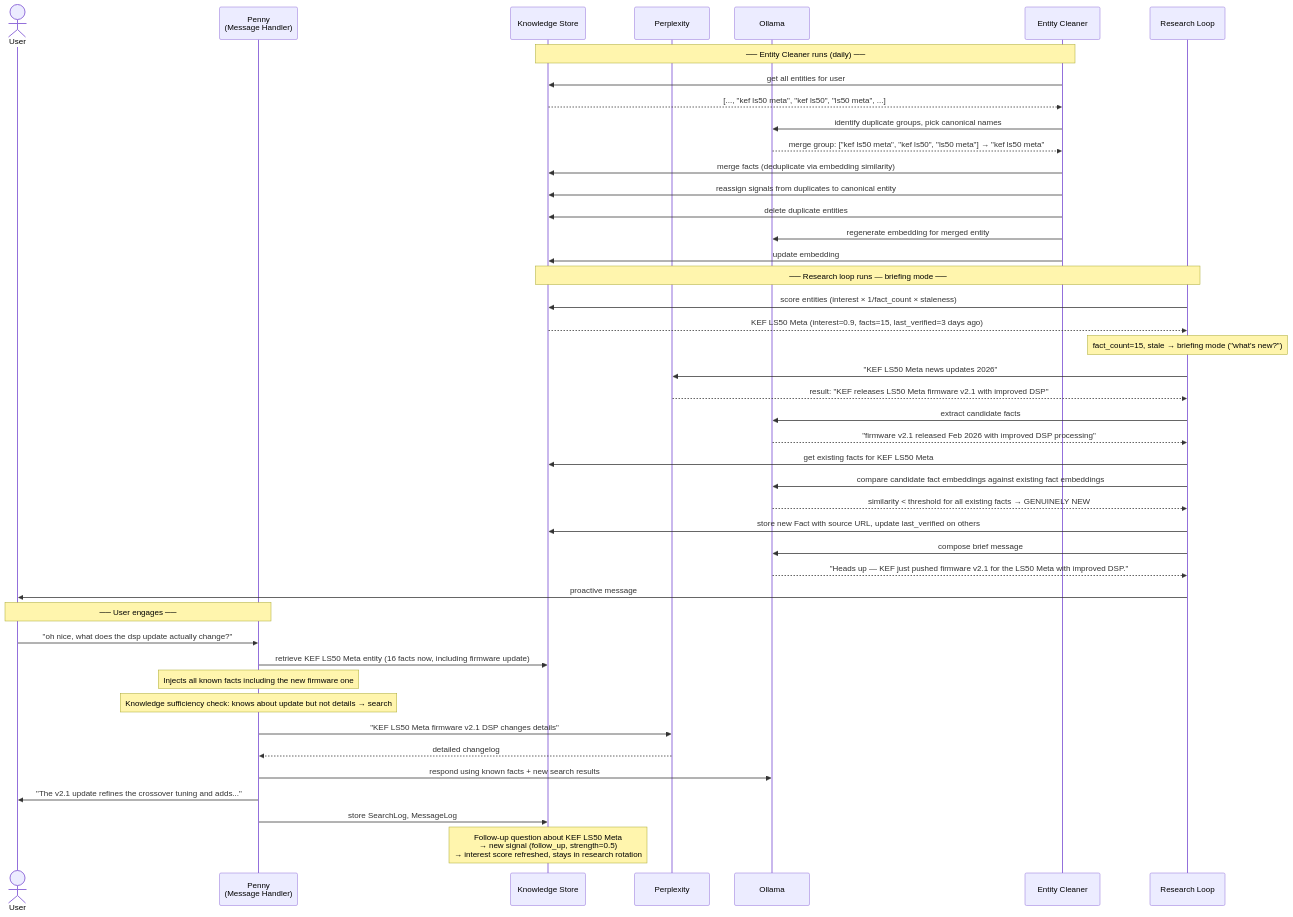
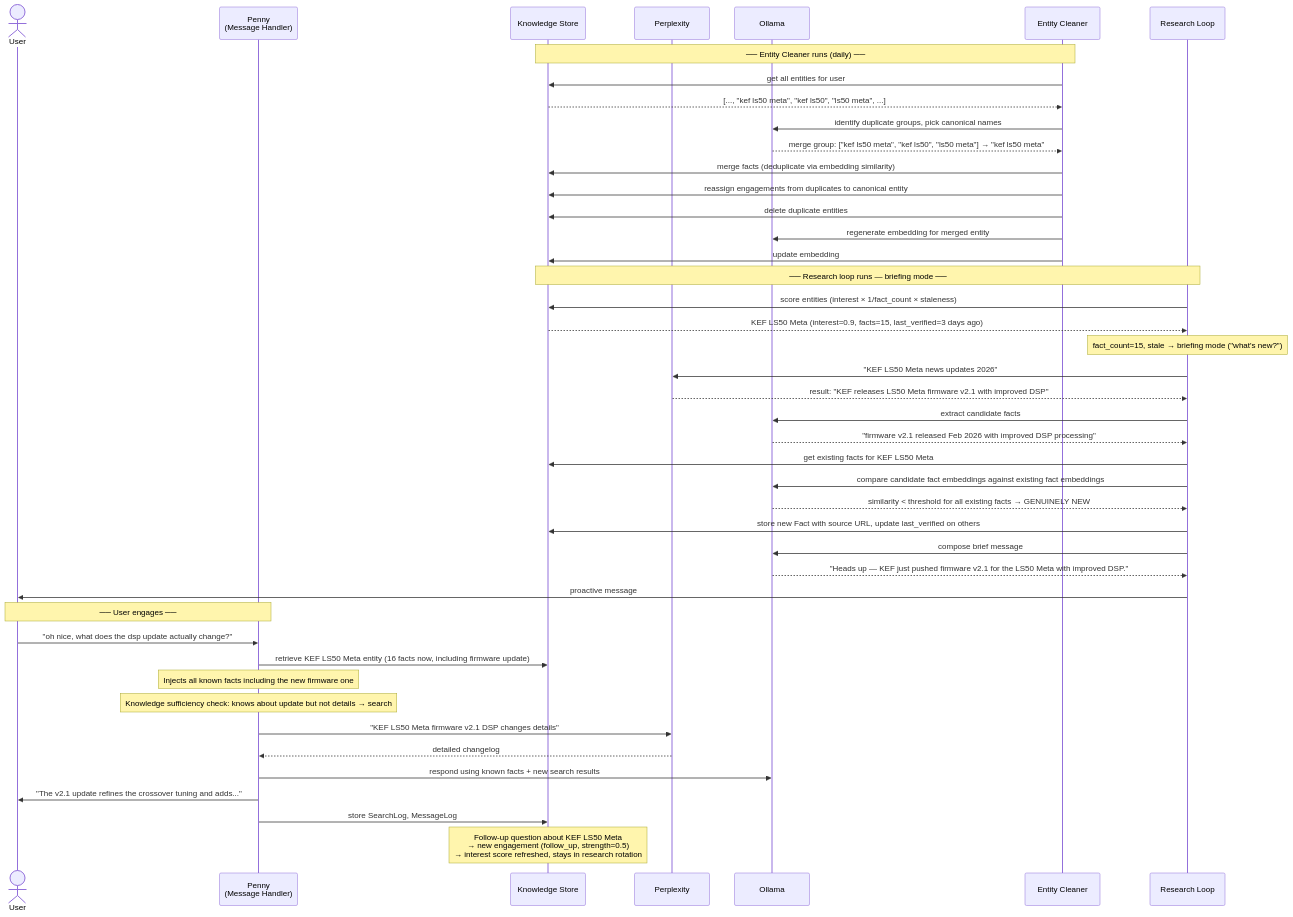
The third of 6 diagrams in docs/knowledge-system-flows.md (jaredlockhart/penny), drawn with Mermaid before and after one commit. The commit also changed other lines of this file and 32 other files, not shown here.

````diff
--- a/docs/knowledge-system-flows.md
+++ b/docs/knowledge-system-flows.md
@@ -176,53 +176,53 @@
 ```mermaid
 sequenceDiagram
     actor User
     participant Penny as Penny<br/>(Message Handler)
     participant DB as Knowledge Store
     participant Search as Perplexity
     participant LLM as Ollama
     participant Clean as Entity Cleaner
     participant Research as Research Loop
 
     Note over Clean,DB: ── Entity Cleaner runs (daily) ──
 
     Clean->>DB: get all entities for user
     DB-->>Clean: [..., "kef ls50 meta", "kef ls50", "ls50 meta", ...]
     Clean->>LLM: identify duplicate groups, pick canonical names
     LLM-->>Clean: merge group: ["kef ls50 meta", "kef ls50", "ls50 meta"] → "kef ls50 meta"
     Clean->>DB: merge facts (deduplicate via embedding similarity)
-    Clean->>DB: reassign signals from duplicates to canonical entity
+    Clean->>DB: reassign engagements from duplicates to canonical entity
     Clean->>DB: delete duplicate entities
     Clean->>LLM: regenerate embedding for merged entity
     Clean->>DB: update embedding
 
     Note over Research,DB: ── Research loop runs — briefing mode ──
 
     Research->>DB: score entities (interest × 1/fact_count × staleness)
     DB-->>Research: KEF LS50 Meta (interest=0.9, facts=15, last_verified=3 days ago)
     Note over Research: fact_count=15, stale → briefing mode ("what's new?")
     Research->>Search: "KEF LS50 Meta news updates 2026"
     Search-->>Research: result: "KEF releases LS50 Meta firmware v2.1 with improved DSP"
     Research->>LLM: extract candidate facts
     LLM-->>Research: "firmware v2.1 released Feb 2026 with improved DSP processing"
     Research->>DB: get existing facts for KEF LS50 Meta
     Research->>LLM: compare candidate fact embeddings against existing fact embeddings
     LLM-->>Research: similarity < threshold for all existing facts → GENUINELY NEW
     Research->>DB: store new Fact with source URL, update last_verified on others
     Research->>LLM: compose brief message
     LLM-->>Research: "Heads up — KEF just pushed firmware v2.1 for the LS50 Meta with improved DSP."
     Research->>User: proactive message
 
     Note over User,Penny: ── User engages ──
 
     User->>Penny: "oh nice, what does the dsp update actually change?"
     Penny->>DB: retrieve KEF LS50 Meta entity (16 facts now, including firmware update)
     Note over Penny: Injects all known facts including the new firmware one
     Note over Penny: Knowledge sufficiency check: knows about update but not details → search
     Penny->>Search: "KEF LS50 Meta firmware v2.1 DSP changes details"
     Search-->>Penny: detailed changelog
     Penny->>LLM: respond using known facts + new search results
     Penny->>User: "The v2.1 update refines the crossover tuning and adds..."
     Penny->>DB: store SearchLog, MessageLog
 
-    Note over DB: Follow-up question about KEF LS50 Meta<br/>→ new signal (follow_up, strength=0.5)<br/>→ interest score refreshed, stays in research rotation
+    Note over DB: Follow-up question about KEF LS50 Meta<br/>→ new engagement (follow_up, strength=0.5)<br/>→ interest score refreshed, stays in research rotation
 ```
````
